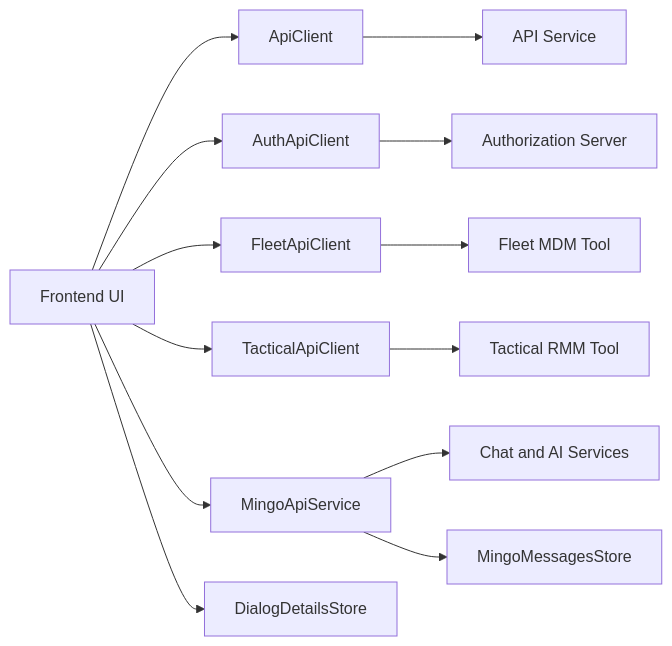
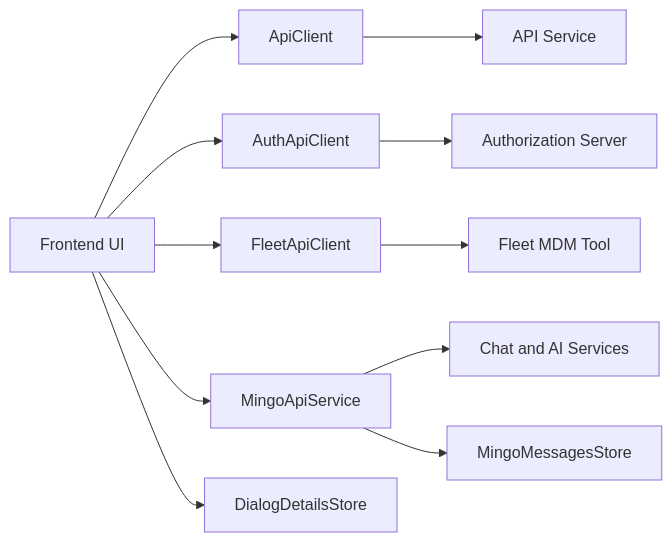
Before and after one commit to flamingo-stack/openframe-oss-tenant: the first of 7 diagrams in docs/architecture/frontend-tenant-api-clients-and-mingo/frontend-tenant-api-clients-and-mingo.md, drawn with Mermaid. The commit also changed other lines of this file and 25 other files, not shown here.

Commit message:
chore: remove all remaining references to Tactical RMM

````diff
--- a/docs/architecture/frontend-tenant-api-clients-and-mingo/frontend-tenant-api-clients-and-mingo.md
+++ b/docs/architecture/frontend-tenant-api-clients-and-mingo/frontend-tenant-api-clients-and-mingo.md
@@ -27,17 +27,15 @@
 ```mermaid
 flowchart LR
     UI["Frontend UI"] --> ApiClient["ApiClient"]
     UI --> AuthApiClient["AuthApiClient"]
     UI --> FleetClient["FleetApiClient"]
-    UI --> TacticalClient["TacticalApiClient"]
     UI --> MingoService["MingoApiService"]
 
     ApiClient --> ApiBackend["API Service"]
     AuthApiClient --> AuthServer["Authorization Server"]
     FleetClient --> FleetTool["Fleet MDM Tool"]
-    TacticalClient --> TacticalTool["Tactical RMM Tool"]
     MingoService --> ChatBackend["Chat and AI Services"]
 
     MingoService --> MingoStore["MingoMessagesStore"]
     UI --> DialogDetailsStore["DialogDetailsStore"]
 ```
````
